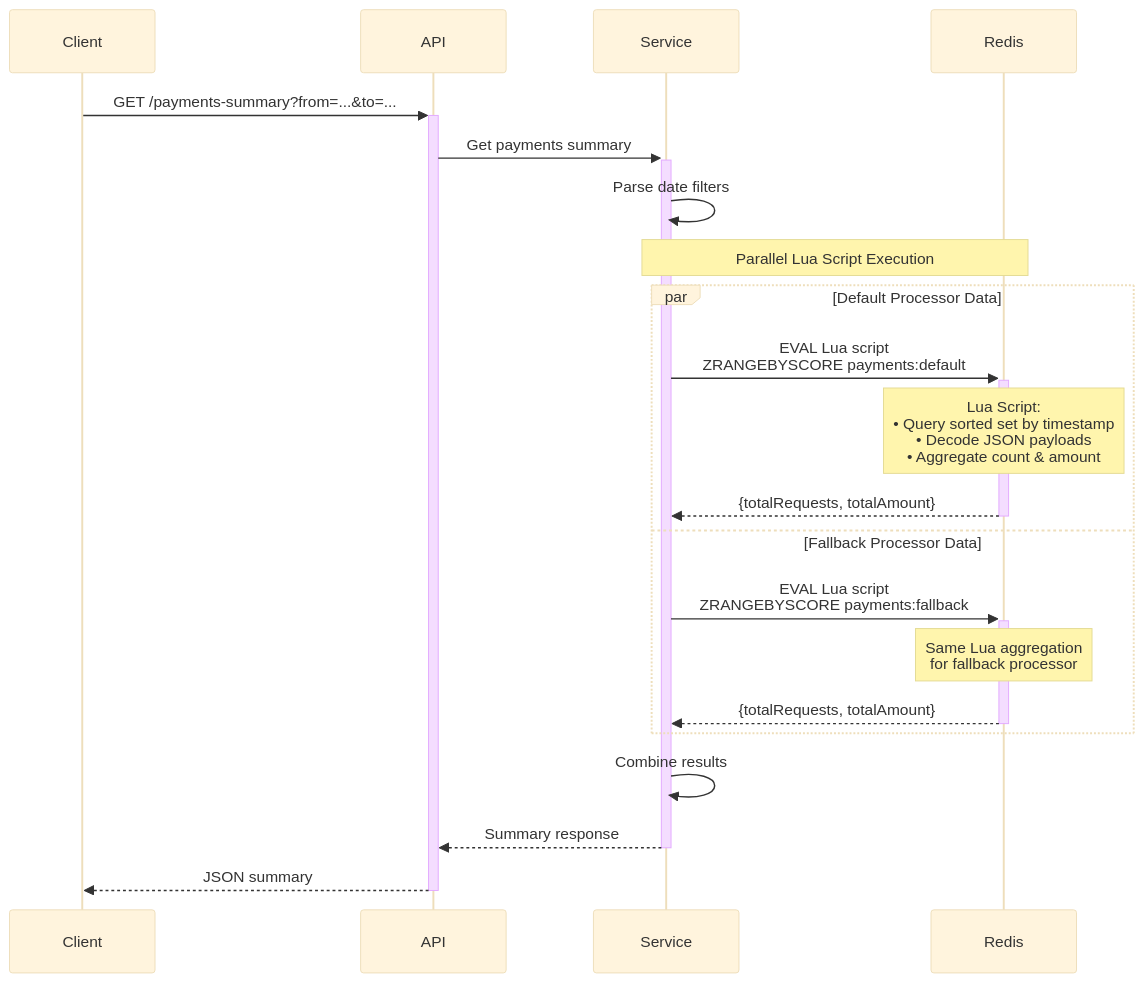
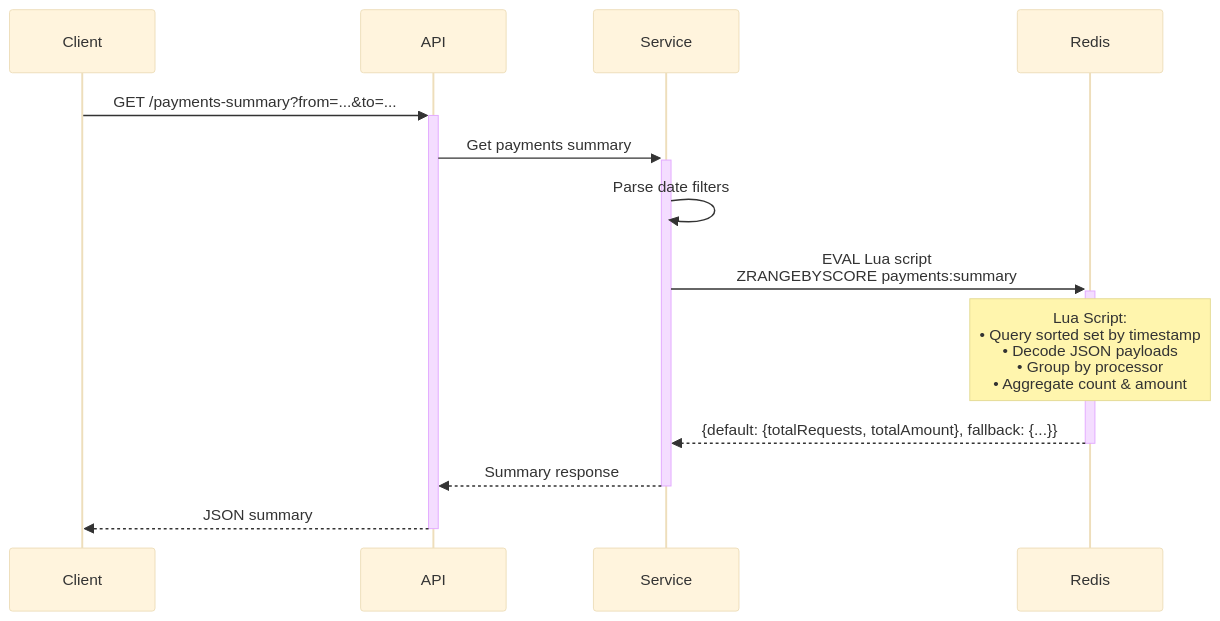
Before and after one commit to Ryrden/rinha-de-backend-clojure: the fourth of 4 diagrams in README.md, drawn with Mermaid (base theme). The commit also changed 5 other files, not shown here.

````diff
--- a/README.md
+++ b/README.md
@@ -199,27 +199,19 @@
 ```mermaid
 sequenceDiagram
     participant Client
     participant API
     participant Service
     participant Redis
-    
+
     Client->>+API: GET /payments-summary?from=...&to=...
     API->>+Service: Get payments summary
     Service->>Service: Parse date filters
-    
-    Note over Service,Redis: Parallel Lua Script Execution
-    
-    par Default Processor Data
-        Service->>+Redis: EVAL Lua script<br/>ZRANGEBYSCORE payments:default
-        Note over Redis: Lua Script:<br/>• Query sorted set by timestamp<br/>• Decode JSON payloads<br/>• Aggregate count & amount
-        Redis-->>-Service: {totalRequests, totalAmount}
-    and Fallback Processor Data  
-        Service->>+Redis: EVAL Lua script<br/>ZRANGEBYSCORE payments:fallback
-        Note over Redis: Same Lua aggregation<br/>for fallback processor
-        Redis-->>-Service: {totalRequests, totalAmount}
-    end
-    
-    Service->>Service: Combine results
+
+    Service->>+Redis: EVAL Lua script<br/>ZRANGEBYSCORE payments:summary
+    Note over Redis: Lua Script:<br/>• Query sorted set by timestamp<br/>• Decode JSON payloads<br/>• Group by processor<br/>• Aggregate count & amount
+
+    Redis-->>-Service: {default: {totalRequests, totalAmount}, fallback: {...}}
+
     Service-->>-API: Summary response
     API-->>-Client: JSON summary
 ```
````
